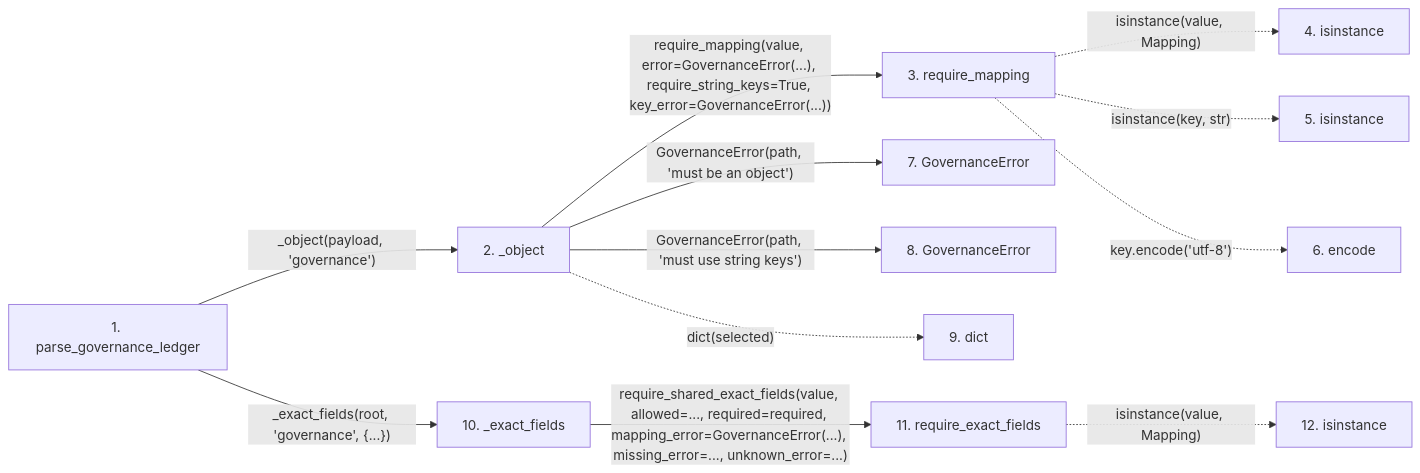
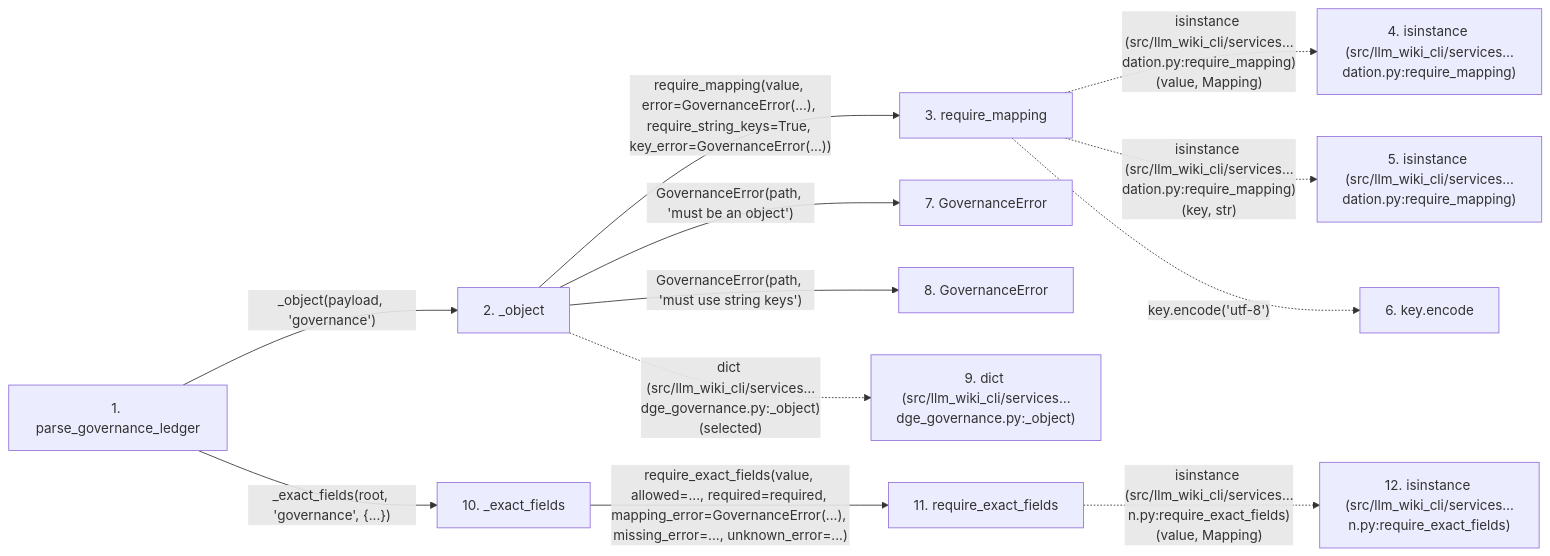
One commit to Denissvgn/python-wiki-llm changed the second of 2 diagrams in docs/llm_wiki/flows/api-parse_governance_ledger.md. Above: the diagram before and after it, drawn with Mermaid. The commit also changed other lines of this file and 719 other files, not shown here.

````diff
--- a/docs/llm_wiki/flows/api-parse_governance_ledger.md
+++ b/docs/llm_wiki/flows/api-parse_governance_ledger.md
@@ -80,33 +82,33 @@
 ```mermaid
 flowchart LR
     s1["1. parse_governance_ledger"]
     s2["2. _object"]
     s3["3. require_mapping"]
-    s4["4. isinstance"]
-    s5["5. isinstance"]
-    s6["6. encode"]
+    s4["4. isinstance (src/llm_wiki_cli/services…dation.py:require_mapping)"]
+    s5["5. isinstance (src/llm_wiki_cli/services…dation.py:require_mapping)"]
+    s6["6. key.encode"]
     s7["7. GovernanceError"]
     s8["8. GovernanceError"]
-    s9["9. dict"]
+    s9["9. dict (src/llm_wiki_cli/services…dge_governance.py:_object)"]
     s10["10. _exact_fields"]
     s11["11. require_exact_fields"]
-    s12["12. isinstance"]
+    s12["12. isinstance (src/llm_wiki_cli/services…n.py:require_exact_fields)"]
     s1 -->|"_object(payload, 'governance')"| s2
     s2 -->|"require_mapping(value, error=GovernanceError(...), require_string_keys=True, key_error=GovernanceError(...))"| s3
-    s3 -. "isinstance(value, Mapping)" .-> s4
-    s3 -. "isinstance(key, str)" .-> s5
+    s3 -. "isinstance (src/llm_wiki_cli/services…dation.py:require_mapping)(value, Mapping)" .-> s4
+    s3 -. "isinstance (src/llm_wiki_cli/services…dation.py:require_mapping)(key, str)" .-> s5
     s3 -. "key.encode('utf-8')" .-> s6
     s2 -->|"GovernanceError(path, 'must be an object')"| s7
     s2 -->|"GovernanceError(path, 'must use string keys')"| s8
-    s2 -. "dict(selected)" .-> s9
+    s2 -. "dict (src/llm_wiki_cli/services…dge_governance.py:_object)(selected)" .-> s9
     s1 -->|"_exact_fields(root, 'governance', {...})"| s10
-    s10 -->|"require_shared_exact_fields(value, allowed=..., required=required, mapping_error=GovernanceError(...), missing_error=..., unknown_error=...)"| s11
-    s11 -. "isinstance(value, Mapping)" .-> s12
+    s10 -->|"require_exact_fields(value, allowed=..., required=required, mapping_error=GovernanceError(...), missing_error=..., unknown_error=...)"| s11
+    s11 -. "isinstance (src/llm_wiki_cli/services…n.py:require_exact_fields)(value, Mapping)" .-> s12
     click s1 "../modules/knowledge_governance.md"
     click s2 "../modules/knowledge_governance.md"
     click s3 "../modules/validation.md"
     click s7 "../modules/knowledge_governance.md"
     click s8 "../modules/knowledge_governance.md"
     click s10 "../modules/knowledge_governance.md"
     click s11 "../modules/validation.md"
 ```
````
